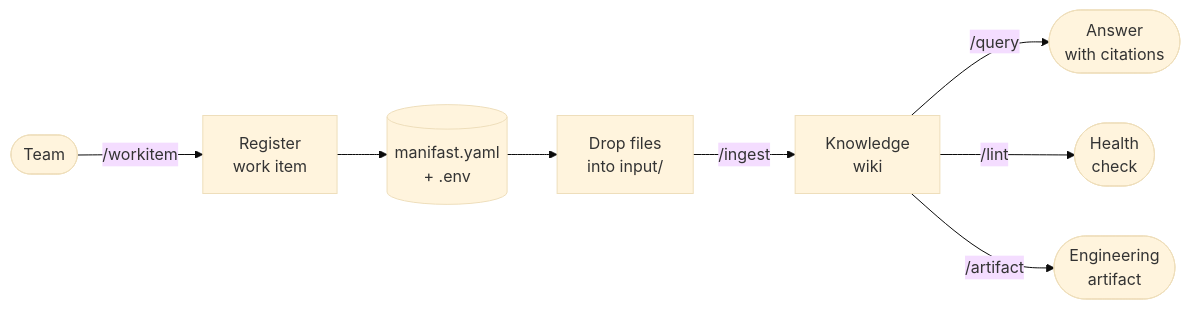
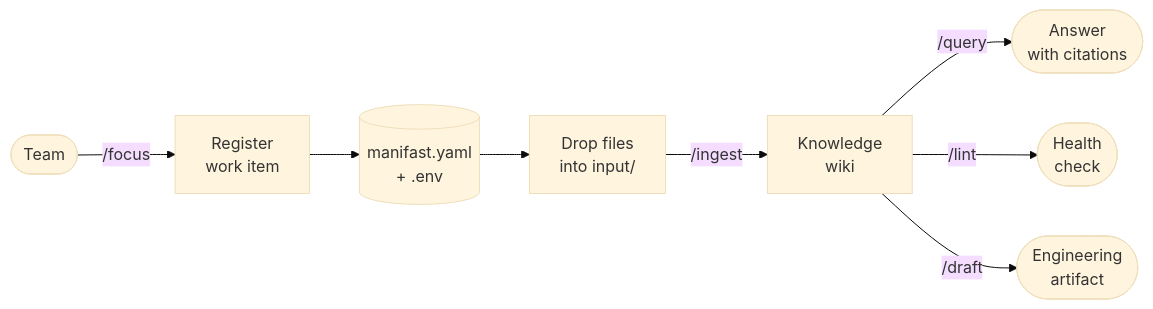
The diagram in README.md (cooperacode/forge), drawn with Mermaid (base theme) before and after one commit. The commit also changed 9 other files, not shown here.

````diff
--- a/README.md
+++ b/README.md
@@ -16,10 +16,10 @@
 ```mermaid
 flowchart LR
-    A([Team]) -->|/workitem| B[Register<br/>work item]
+    A([Team]) -->|/focus| B[Register<br/>work item]
     B --> C[(manifast.yaml<br/>+ .env)]
     C --> D[Drop files<br/>into input/]
     D -->|/ingest| E[Knowledge<br/>wiki]
     E -->|/query| F([Answer<br/>with citations])
     E -->|/lint| G([Health<br/>check])
-    E -->|/artifact| H([Engineering<br/>artifact])
+    E -->|/draft| H([Engineering<br/>artifact])
 ```
````
